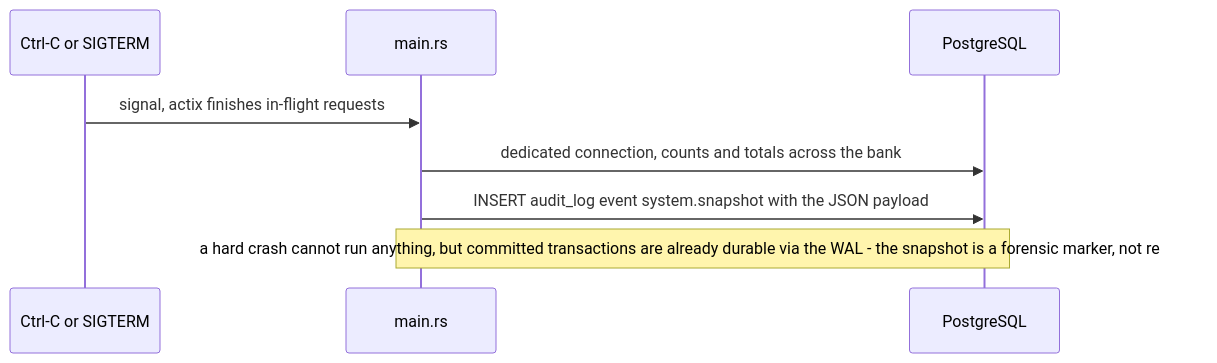
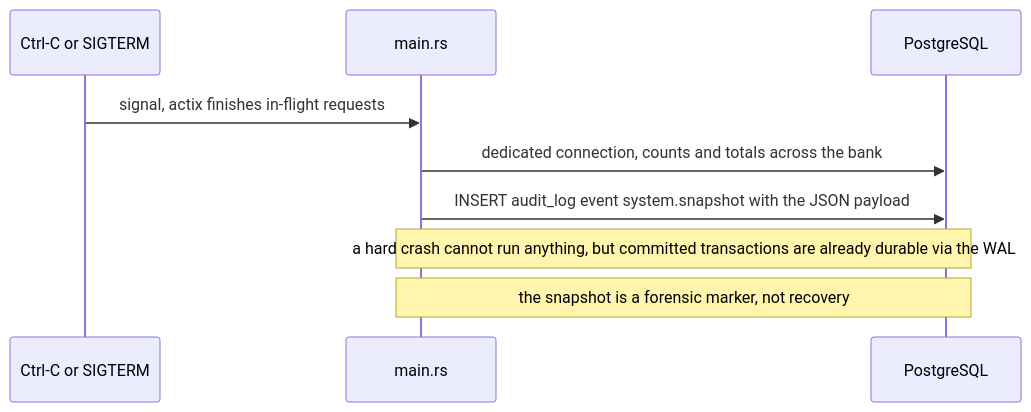
One commit to cthyuiii/FerroBank changed diagram 13 of 14 in docs/FLOWS.md. Above: the diagram before and after it, drawn with Mermaid. The commit also changed other lines of this file and 5 other files, not shown here.

````diff
--- a/docs/FLOWS.md
+++ b/docs/FLOWS.md
@@ -292,11 +299,12 @@
 ```mermaid
 sequenceDiagram
     participant OS as Ctrl-C or SIGTERM
     participant M as main.rs
     participant P as PostgreSQL
 
     OS->>M: signal, actix finishes in-flight requests
     M->>P: dedicated connection, counts and totals across the bank
     M->>P: INSERT audit_log event system.snapshot with the JSON payload
-    Note over M,P: a hard crash cannot run anything, but committed transactions are already durable via the WAL - the snapshot is a forensic marker, not recovery
+    Note over M,P: a hard crash cannot run anything, but committed transactions are already durable via the WAL
+    Note over M,P: the snapshot is a forensic marker, not recovery
 ```
````
